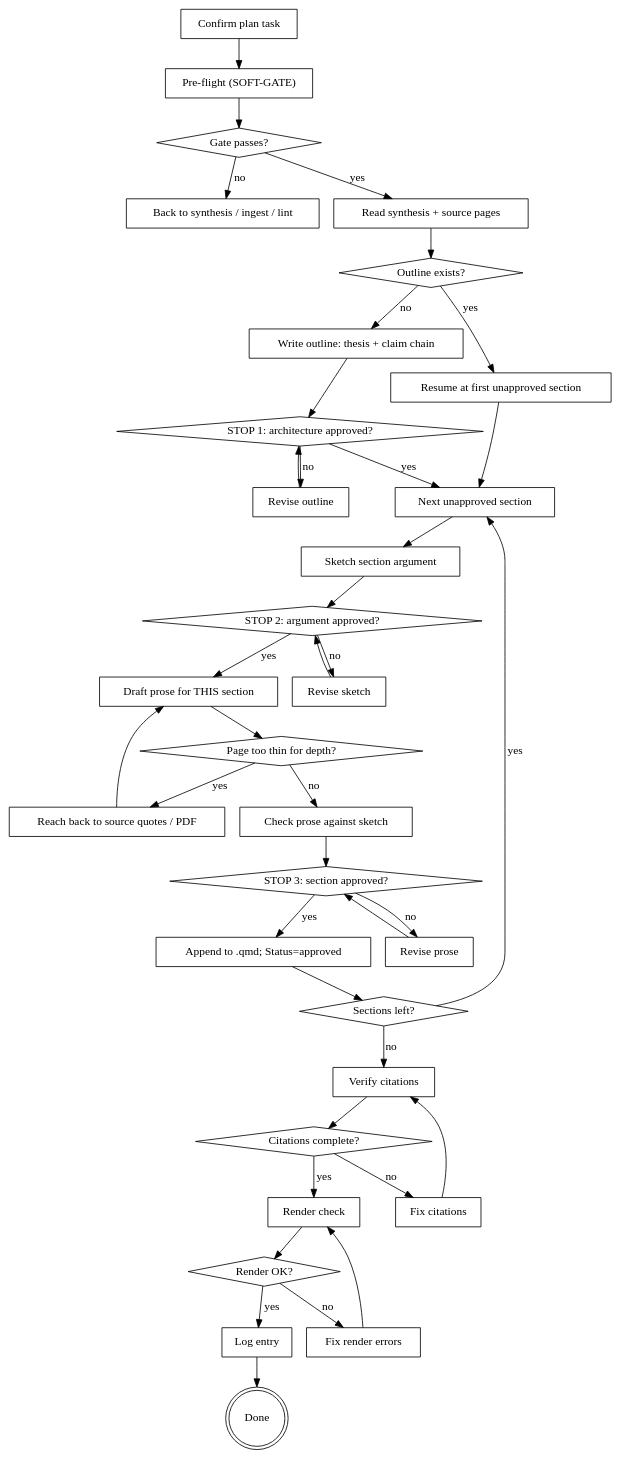
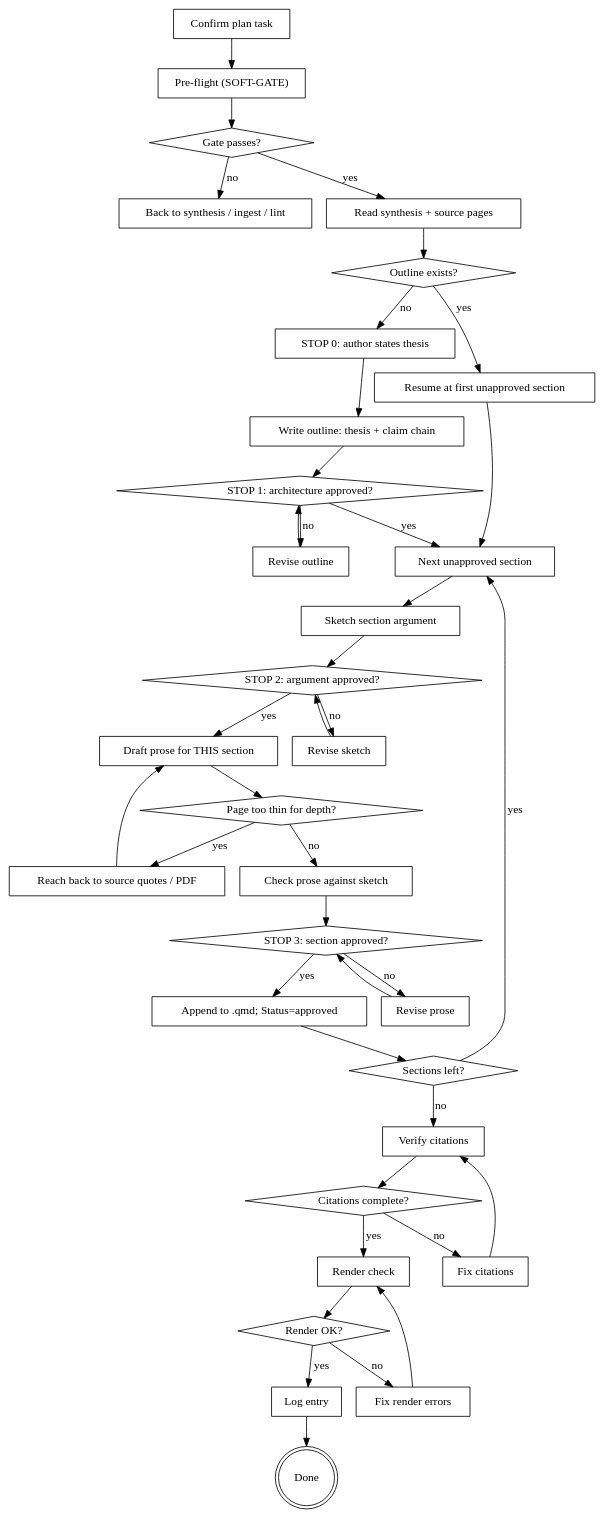
Before and after one commit to leiverkus/research-superpowers: the diagram in skills/drafting-manuscript/SKILL.md, drawn with Graphviz. The commit also changed other lines of this file and 5 other files, not shown here.

First line of the commit message:
feat: AI-use disclosure at finish; thesis from the author first (#131)

````diff
--- a/skills/drafting-manuscript/SKILL.md
+++ b/skills/drafting-manuscript/SKILL.md
@@ -149,77 +170,79 @@
 ```dot
 digraph drafting {
     "Confirm plan task" [shape=box];
     "Pre-flight (SOFT-GATE)" [shape=box];
     "Gate passes?" [shape=diamond];
     "Back to synthesis / ingest / lint" [shape=box];
     "Read synthesis + source pages" [shape=box];
     "Outline exists?" [shape=diamond];
+    "STOP 0: author states thesis" [shape=box];
     "Write outline: thesis + claim chain" [shape=box];
     "Resume at first unapproved section" [shape=box];
     "STOP 1: architecture approved?" [shape=diamond];
     "Revise outline" [shape=box];
 
     "Next unapproved section" [shape=box];
     "Sketch section argument" [shape=box];
     "STOP 2: argument approved?" [shape=diamond];
     "Revise sketch" [shape=box];
     "Draft prose for THIS section" [shape=box];
     "Page too thin for depth?" [shape=diamond];
     "Reach back to source quotes / PDF" [shape=box];
     "Check prose against sketch" [shape=box];
     "STOP 3: section approved?" [shape=diamond];
     "Revise prose" [shape=box];
     "Append to .qmd; Status=approved" [shape=box];
     "Sections left?" [shape=diamond];
 
     "Verify citations" [shape=box];
     "Citations complete?" [shape=diamond];
     "Fix citations" [shape=box];
     "Render check" [shape=box];
     "Render OK?" [shape=diamond];
     "Fix render errors" [shape=box];
     "Log entry" [shape=box];
     "Done" [shape=doublecircle];
 
     "Confirm plan task" -> "Pre-flight (SOFT-GATE)";
     "Pre-flight (SOFT-GATE)" -> "Gate passes?";
     "Gate passes?" -> "Back to synthesis / ingest / lint" [label="no"];
     "Gate passes?" -> "Read synthesis + source pages" [label="yes"];
     "Read synthesis + source pages" -> "Outline exists?";
     "Outline exists?" -> "Resume at first unapproved section" [label="yes"];
-    "Outline exists?" -> "Write outline: thesis + claim chain" [label="no"];
+    "Outline exists?" -> "STOP 0: author states thesis" [label="no"];
+    "STOP 0: author states thesis" -> "Write outline: thesis + claim chain";
     "Write outline: thesis + claim chain" -> "STOP 1: architecture approved?";
     "STOP 1: architecture approved?" -> "Revise outline" [label="no"];
     "Revise outline" -> "STOP 1: architecture approved?";
     "STOP 1: architecture approved?" -> "Next unapproved section" [label="yes"];
     "Resume at first unapproved section" -> "Next unapproved section";
 
     "Next unapproved section" -> "Sketch section argument";
     "Sketch section argument" -> "STOP 2: argument approved?";
     "STOP 2: argument approved?" -> "Revise sketch" [label="no"];
     "Revise sketch" -> "STOP 2: argument approved?";
     "STOP 2: argument approved?" -> "Draft prose for THIS section" [label="yes"];
 
     "Draft prose for THIS section" -> "Page too thin for depth?";
     "Page too thin for depth?" -> "Reach back to source quotes / PDF" [label="yes"];
     "Reach back to source quotes / PDF" -> "Draft prose for THIS section";
     "Page too thin for depth?" -> "Check prose against sketch" [label="no"];
     "Check prose against sketch" -> "STOP 3: section approved?";
     "STOP 3: section approved?" -> "Revise prose" [label="no"];
     "Revise prose" -> "STOP 3: section approved?";
     "STOP 3: section approved?" -> "Append to .qmd; Status=approved" [label="yes"];
     "Append to .qmd; Status=approved" -> "Sections left?";
     "Sections left?" -> "Next unapproved section" [label="yes"];
     "Sections left?" -> "Verify citations" [label="no"];
 
     "Verify citations" -> "Citations complete?";
     "Citations complete?" -> "Fix citations" [label="no"];
     "Fix citations" -> "Verify citations";
     "Citations complete?" -> "Render check" [label="yes"];
     "Render check" -> "Render OK?";
     "Render OK?" -> "Fix render errors" [label="no"];
     "Fix render errors" -> "Render check";
     "Render OK?" -> "Log entry" [label="yes"];
     "Log entry" -> "Done";
 }
 ```
````
